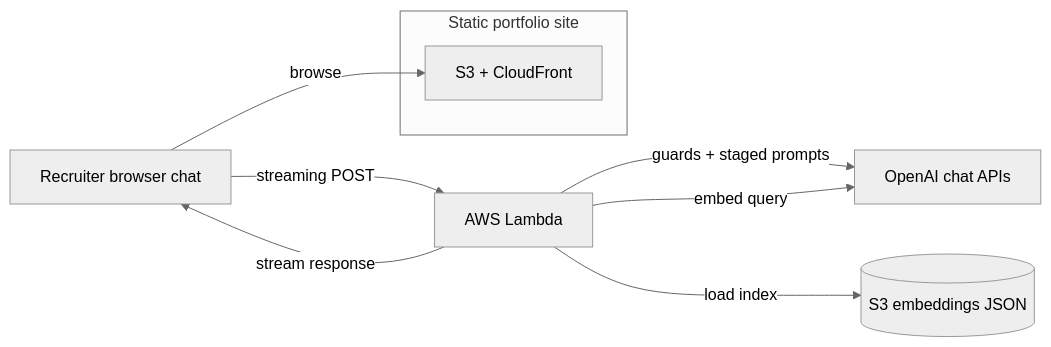
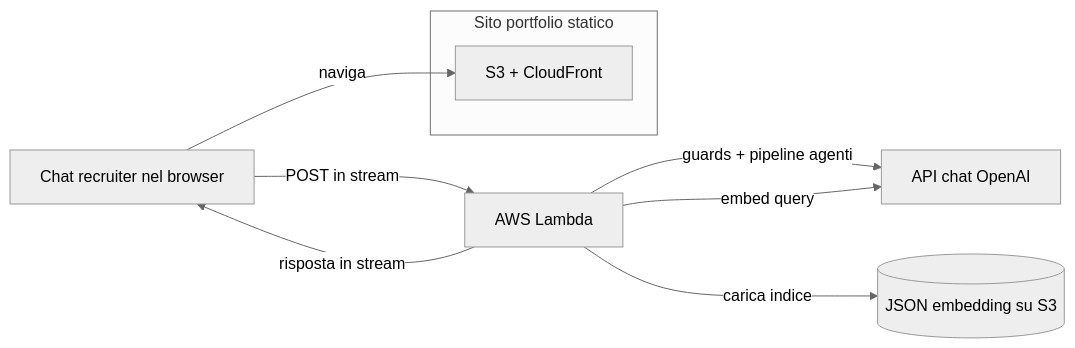
Before and after one commit to danielmunafo/danieltostes.com: the first of 2 diagrams in public/content/experience/danieltostes-com/it.md, drawn with Mermaid (neutral theme). The commit also changed other lines of this file and 38 other files, not shown here.

First line of the commit message:
refactor(recruiter-assistant-api): split pipeline into topic agents

````diff
--- a/public/content/experience/danieltostes-com/it.md
+++ b/public/content/experience/danieltostes-com/it.md
@@ -24,14 +26,14 @@
 ```mermaid
 flowchart LR
-    User[Recruiter browser chat] -->|streaming POST| Lambda[AWS Lambda]
-    Lambda -->|guards + staged prompts| OpenAI[OpenAI chat APIs]
+    User[Chat recruiter nel browser] -->|POST in stream| Lambda[AWS Lambda]
+    Lambda -->|guards + pipeline agenti| OpenAI[API chat OpenAI]
     Lambda -->|embed query| OpenAI
-    Lambda -->|load index| S3[(S3 embeddings JSON)]
-    Lambda -->|stream response| User
+    Lambda -->|carica indice| S3[(JSON embedding su S3)]
+    Lambda -->|risposta in stream| User
 
-    subgraph StaticSite[Static portfolio site]
+    subgraph StaticSite[Sito portfolio statico]
         Site[S3 + CloudFront]
     end
 
-    User -->|browse| Site
+    User -->|naviga| Site
 ```
````
